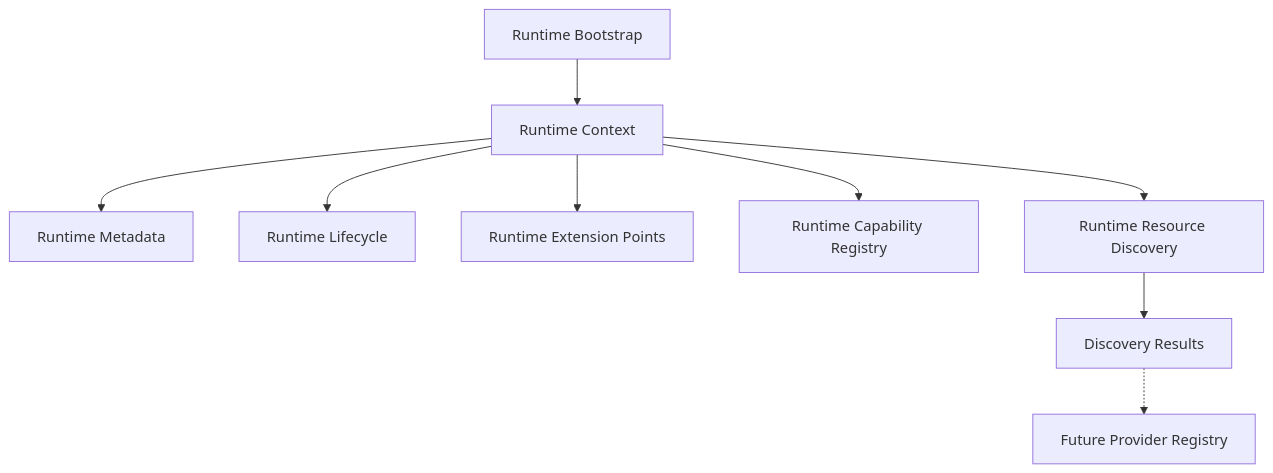
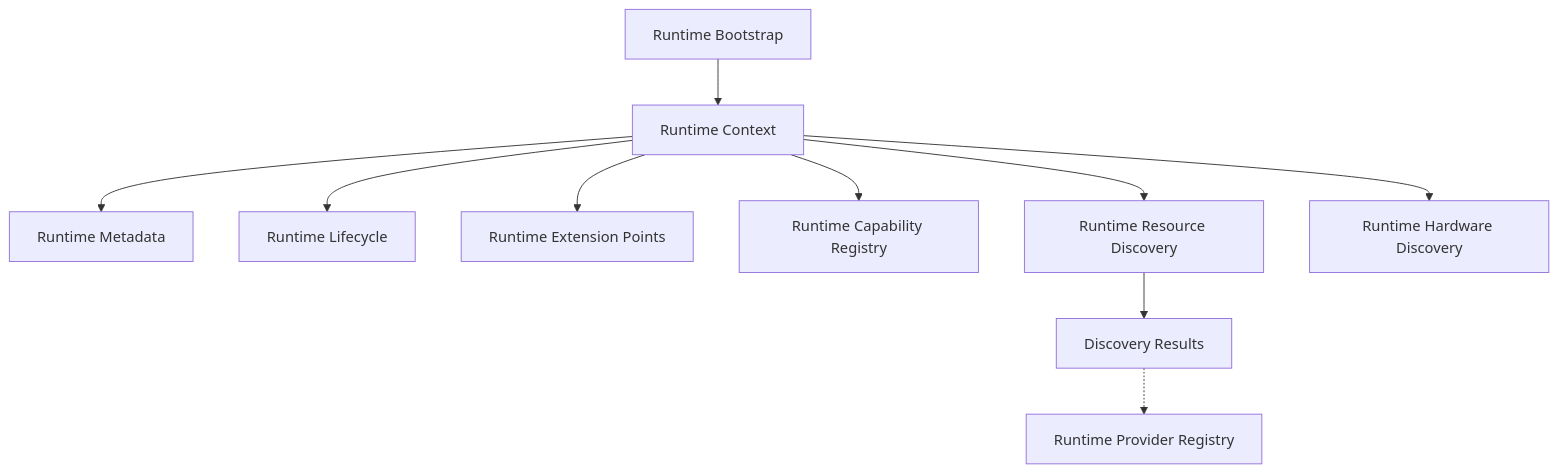
The diagram in docs/architecture/runtime/RUNTIME_ARCHITECTURE.md (RudraNarayanRoy01/ClipForge), drawn with Mermaid before and after one commit. The commit also changed other lines of this file and 7 other files, not shown here.

Commit message:
feat(runtime): Batch 6.1.7 establish runtime hardware discovery foundation

````diff
--- a/docs/architecture/runtime/RUNTIME_ARCHITECTURE.md
+++ b/docs/architecture/runtime/RUNTIME_ARCHITECTURE.md
@@ -63,25 +73,28 @@
 ```mermaid
 flowchart TD
     Bootstrap[Runtime Bootstrap]
     
     Context[Runtime Context]
     Bootstrap --> Context
     
     Metadata[Runtime Metadata]
     Lifecycle[Runtime Lifecycle]
     Extensions[Runtime Extension Points]
     Registry[Runtime Capability Registry]
     
     Context --> Metadata
     Context --> Lifecycle
     Context --> Extensions
     Context --> Registry
     Context --> Discovery
+    Context --> HardwareDiscovery
     
     Discovery[Runtime Resource Discovery]
     Results[Discovery Results]
     Discovery --> Results
     
-    Runtime[Future Provider Registry]
-    Results -.-> Runtime
+    ProviderRegistry[Runtime Provider Registry]
+    HardwareDiscovery[Runtime Hardware Discovery]
+    
+    Results -.-> ProviderRegistry
 ```
````
